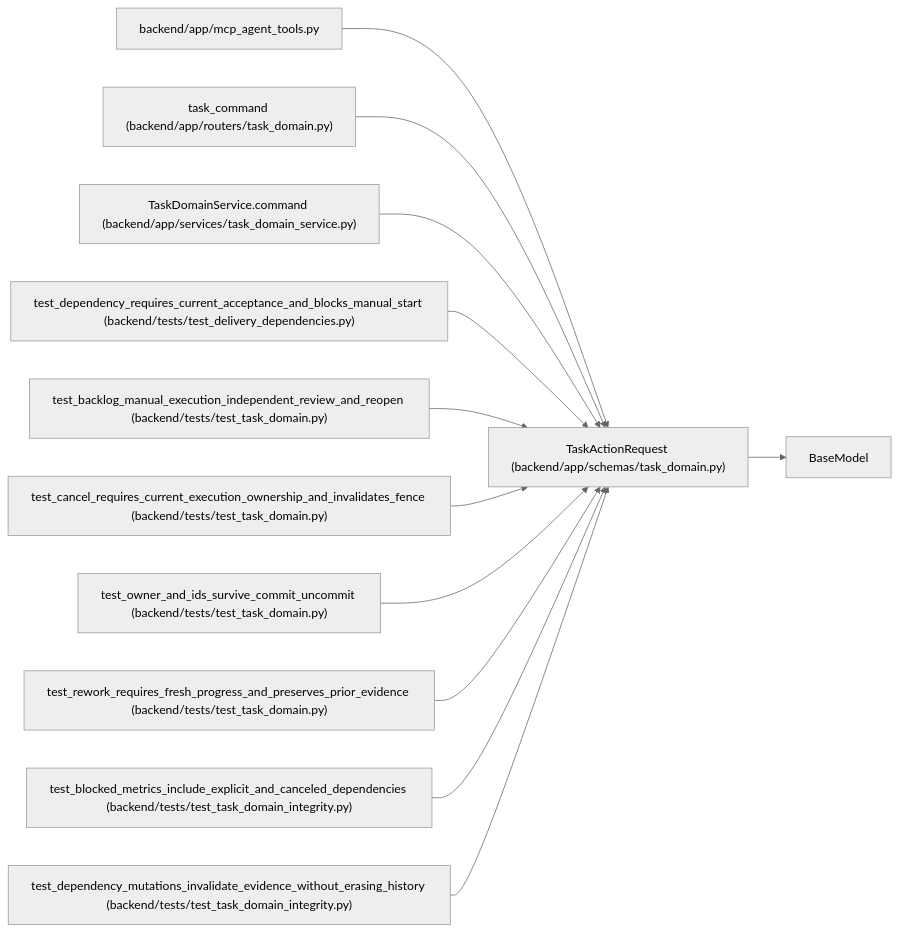
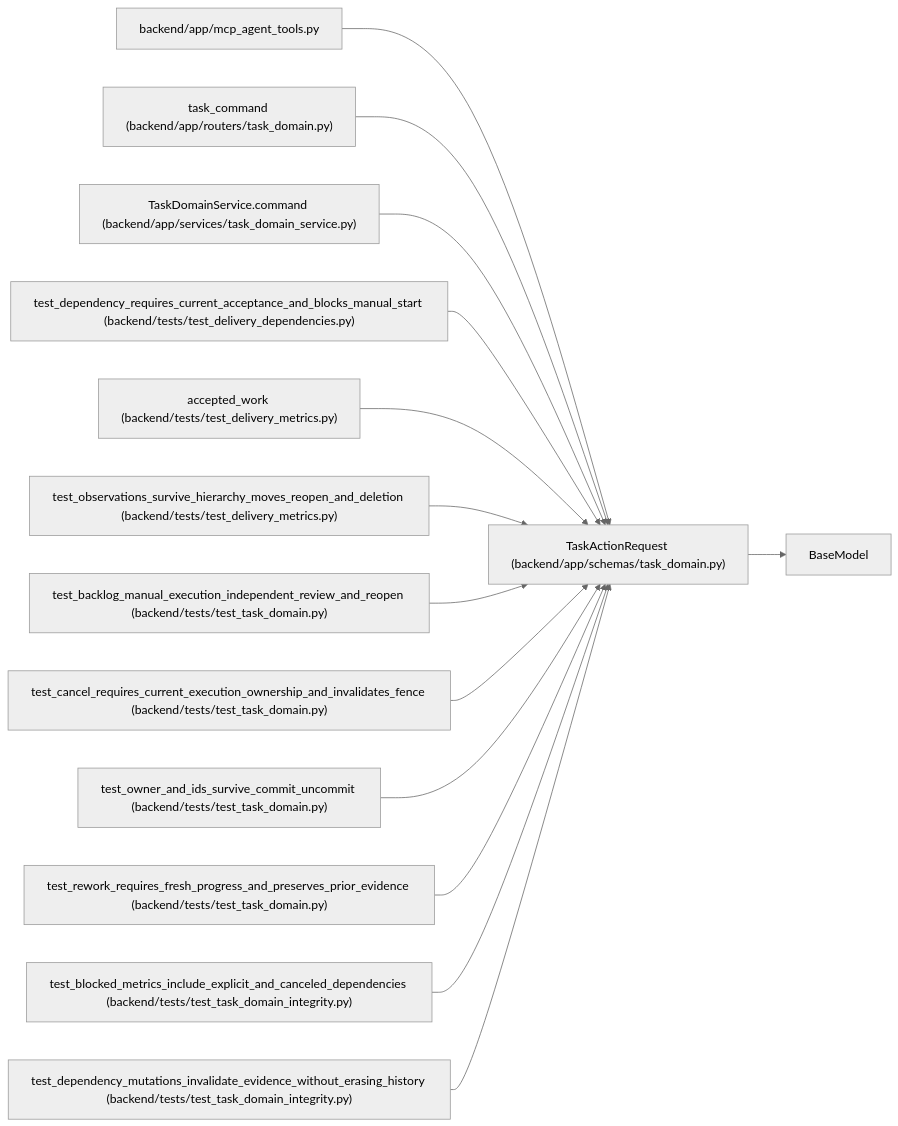
One commit to Denissvgn/WorkChord changed the diagram in docs/llm_wiki/entities/TaskActionRequest.md. Above: the diagram before and after it, drawn with Mermaid (neutral theme). The commit also changed other lines of this file and 6624 other files, not shown here.

First line of the commit message:
Add verified Android workflows and external-agent execution evidence (#8)

````diff
--- a/docs/llm_wiki/entities/TaskActionRequest.md
+++ b/docs/llm_wiki/entities/TaskActionRequest.md
@@ -46,37 +46,43 @@
 ```mermaid
 flowchart LR
     n0["TaskActionRequest (backend/app/schemas/task_domain.py)"]
     n1["BaseModel"]
     n2["backend/app/mcp_agent_tools.py"]
     n3["task_command (backend/app/routers/task_domain.py)"]
     n4["TaskDomainService.command (backend/app/services/task_domain_service.py)"]
     n5["test_dependency_requires_current_acceptance_and_blocks_manual_start (backend/tests/test_delivery_dependencies.py)"]
-    n6["test_backlog_manual_execution_independent_review_and_reopen (backend/tests/test_task_domain.py)"]
-    n7["test_cancel_requires_current_execution_ownership_and_invalidates_fence (backend/tests/test_task_domain.py)"]
-    n8["test_owner_and_ids_survive_commit_uncommit (backend/tests/test_task_domain.py)"]
-    n9["test_rework_requires_fresh_progress_and_preserves_prior_evidence (backend/tests/test_task_domain.py)"]
-    n10["test_blocked_metrics_include_explicit_and_canceled_dependencies (backend/tests/test_task_domain_integrity.py)"]
-    n11["test_dependency_mutations_invalidate_evidence_without_erasing_history (backend/tests/test_task_domain_integrity.py)"]
+    n6["accepted_work (backend/tests/test_delivery_metrics.py)"]
+    n7["test_observations_survive_hierarchy_moves_reopen_and_deletion (backend/tests/test_delivery_metrics.py)"]
+    n8["test_backlog_manual_execution_independent_review_and_reopen (backend/tests/test_task_domain.py)"]
+    n9["test_cancel_requires_current_execution_ownership_and_invalidates_fence (backend/tests/test_task_domain.py)"]
+    n10["test_owner_and_ids_survive_commit_uncommit (backend/tests/test_task_domain.py)"]
+    n11["test_rework_requires_fresh_progress_and_preserves_prior_evidence (backend/tests/test_task_domain.py)"]
+    n12["test_blocked_metrics_include_explicit_and_canceled_dependencies (backend/tests/test_task_domain_integrity.py)"]
+    n13["test_dependency_mutations_invalidate_evidence_without_erasing_history (backend/tests/test_task_domain_integrity.py)"]
     n0 --> n1
     n2 --> n0
     n3 --> n0
     n4 --> n0
     n5 --> n0
     n6 --> n0
     n7 --> n0
     n8 --> n0
     n9 --> n0
     n10 --> n0
     n11 --> n0
+    n12 --> n0
+    n13 --> n0
     click n0 "../modules/schemas_task_domain.md"
     click n2 "../modules/mcp_agent_tools.md"
     click n3 "../modules/routers_task_domain.md"
     click n4 "../modules/task_domain_service.md"
     click n5 "../modules/test_delivery_dependencies.md"
-    click n6 "../modules/test_task_domain.md"
-    click n7 "../modules/test_task_domain.md"
+    click n6 "../modules/test_delivery_metrics.md"
+    click n7 "../modules/test_delivery_metrics.md"
     click n8 "../modules/test_task_domain.md"
     click n9 "../modules/test_task_domain.md"
-    click n10 "../modules/test_task_domain_integrity.md"
-    click n11 "../modules/test_task_domain_integrity.md"
+    click n10 "../modules/test_task_domain.md"
+    click n11 "../modules/test_task_domain.md"
+    click n12 "../modules/test_task_domain_integrity.md"
+    click n13 "../modules/test_task_domain_integrity.md"
 ```
````
